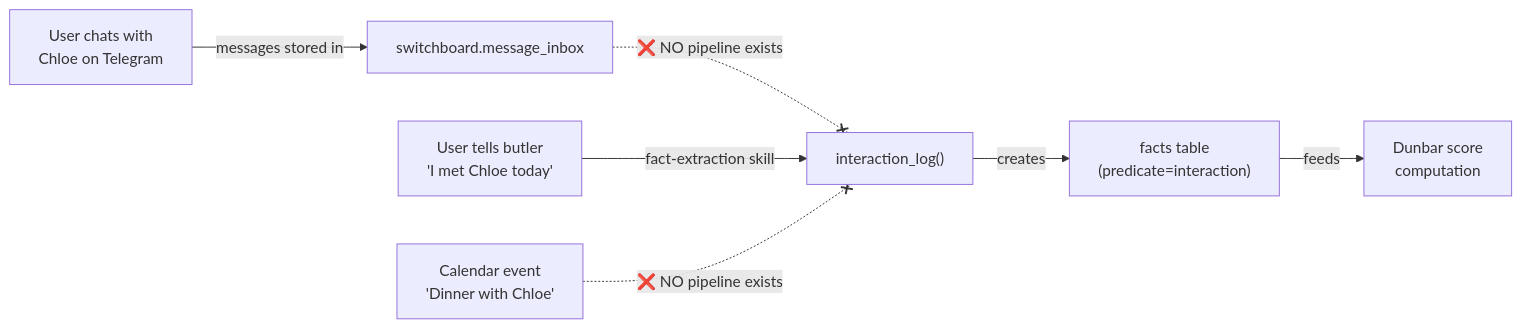
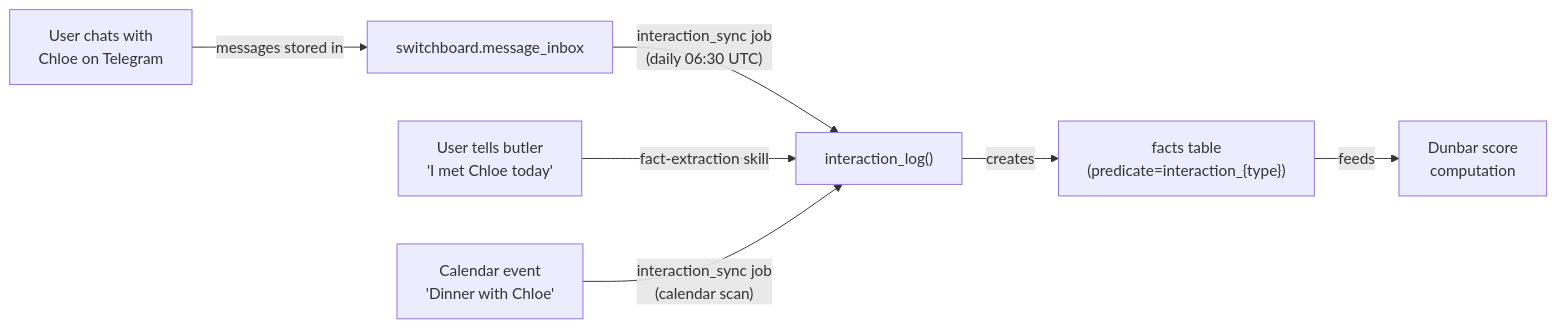
One commit to Tzeusy/butlers changed the eighth of 8 diagrams in about/lay-and-land/data-flow.md. Above: the diagram before and after it, drawn with Mermaid. The commit also changed other lines of this file, not shown here.

First line of the commit message:
docs: reconcile interaction-sync section in data-flow.md [bu-dl98i.4.3]

````diff
--- a/about/lay-and-land/data-flow.md
+++ b/about/lay-and-land/data-flow.md
@@ -273,11 +283,11 @@
 ```mermaid
 graph LR
     A["User chats with<br/>Chloe on Telegram"] -->|"messages stored in"| B["switchboard.message_inbox"]
-    B -.-x|"❌ NO pipeline exists"| C["interaction_log()"]
-    C -->|"creates"| D["facts table<br/>(predicate=interaction)"]
+    B -->|"interaction_sync job<br/>(daily 06:30 UTC)"| C["interaction_log()"]
+    C -->|"creates"| D["facts table<br/>(predicate=interaction_{type})"]
     D -->|"feeds"| E["Dunbar score<br/>computation"]
 
     F["User tells butler<br/>'I met Chloe today'"] -->|"fact-extraction skill"| C
 
-    G["Calendar event<br/>'Dinner with Chloe'"] -.-x|"❌ NO pipeline exists"| C
+    G["Calendar event<br/>'Dinner with Chloe'"] -->|"interaction_sync job<br/>(calendar scan)"| C
 ```
````
